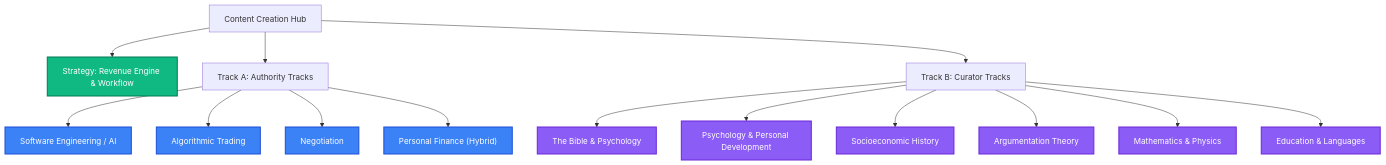
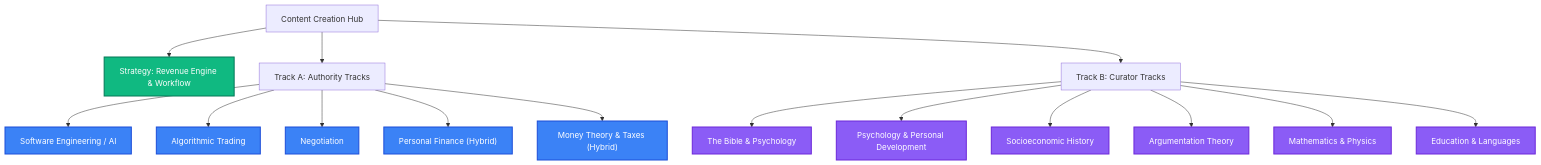
Before and after one commit to GHMT/content-creation: the diagram in README.md, drawn with Mermaid. The commit also changed other lines of this file and 7 other files, not shown here.

Commit message:
Add topic: Money Theory and Taxes

````diff
--- a/README.md
+++ b/README.md
@@ -11,22 +11,23 @@
 ```mermaid
 graph TD
     classDef auth fill:#3b82f6,stroke:#1d4ed8,color:#fff,stroke-width:2px;
     classDef cur fill:#8b5cf6,stroke:#6d28d9,color:#fff,stroke-width:2px;
     classDef strategy fill:#10b981,stroke:#047857,color:#fff,stroke-width:2px;
 
     Main[Content Creation Hub] --> Engine["Strategy: Revenue Engine & Workflow"]:::strategy
     Main --> A[Track A: Authority Tracks]
     Main --> B[Track B: Curator Tracks]
 
     A --> A1["Software Engineering / AI"]:::auth
     A --> A2["Algorithmic Trading"]:::auth
     A --> A3["Negotiation"]:::auth
     A --> A4["Personal Finance (Hybrid)"]:::auth
+    A --> A5["Money Theory & Taxes (Hybrid)"]:::auth
 
     B --> B1["The Bible & Psychology"]:::cur
     B --> B2["Psychology & Personal Development"]:::cur
     B --> B3["Socioeconomic History"]:::cur
     B --> B4["Argumentation Theory"]:::cur
     B --> B5["Mathematics & Physics"]:::cur
     B --> B6["Education & Languages"]:::cur
 ```
````
